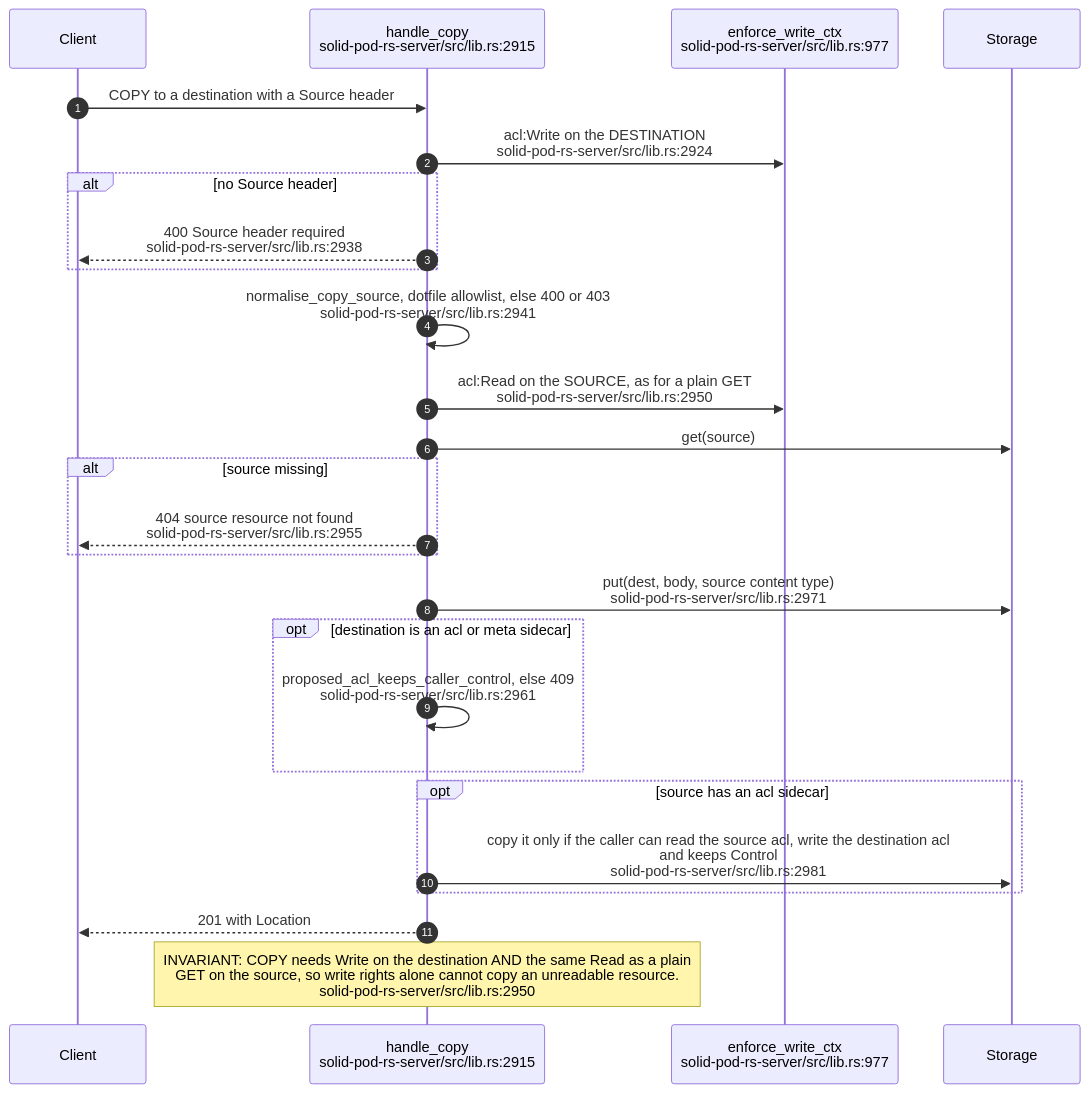
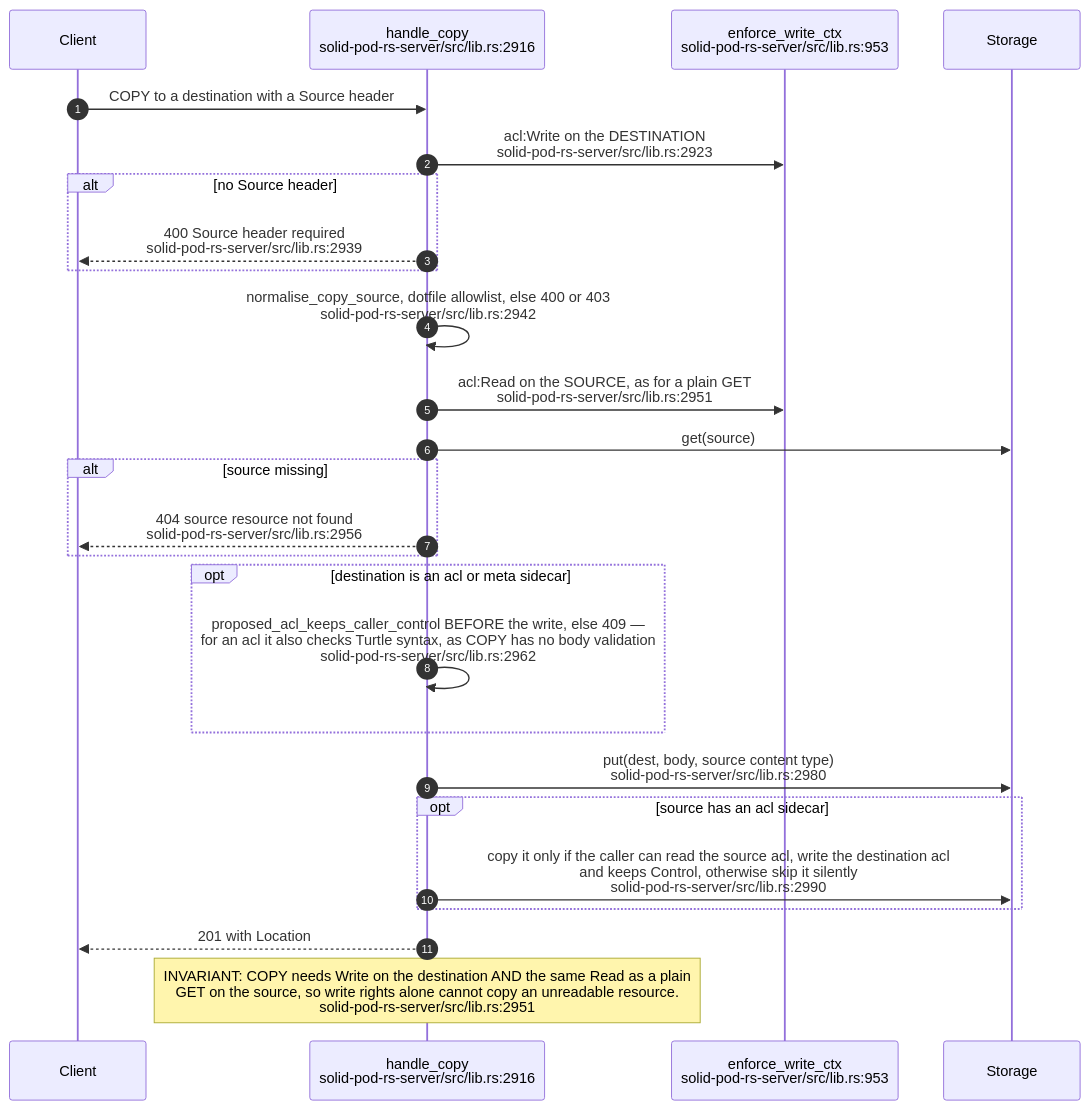
One commit to DreamLab-AI/VisionFlow changed the seventh of 11 diagrams in docs/diagrams/solid-pod-rs/03-ldp-request-lifecycle.md. Above: the diagram before and after it, drawn with Mermaid. The commit also changed other lines of this file and 47 other files, not shown here.

````diff
--- a/docs/diagrams/solid-pod-rs/03-ldp-request-lifecycle.md
+++ b/docs/diagrams/solid-pod-rs/03-ldp-request-lifecycle.md
@@ -224,29 +233,29 @@
 ```mermaid
 sequenceDiagram
     autonumber
     participant C as Client
-    participant H as handle_copy<br/>solid-pod-rs-server/src/lib.rs:2915
-    participant W as enforce_write_ctx<br/>solid-pod-rs-server/src/lib.rs:977
+    participant H as handle_copy<br/>solid-pod-rs-server/src/lib.rs:2916
+    participant W as enforce_write_ctx<br/>solid-pod-rs-server/src/lib.rs:953
     participant S as Storage
 
     C->>H: COPY to a destination with a Source header
-    H->>W: acl:Write on the DESTINATION<br/>solid-pod-rs-server/src/lib.rs:2924
+    H->>W: acl:Write on the DESTINATION<br/>solid-pod-rs-server/src/lib.rs:2923
     alt no Source header
-        H-->>C: 400 Source header required<br/>solid-pod-rs-server/src/lib.rs:2938
+        H-->>C: 400 Source header required<br/>solid-pod-rs-server/src/lib.rs:2939
     end
-    H->>H: normalise_copy_source, dotfile allowlist, else 400 or 403<br/>solid-pod-rs-server/src/lib.rs:2941
-    H->>W: acl:Read on the SOURCE, as for a plain GET<br/>solid-pod-rs-server/src/lib.rs:2950
+    H->>H: normalise_copy_source, dotfile allowlist, else 400 or 403<br/>solid-pod-rs-server/src/lib.rs:2942
+    H->>W: acl:Read on the SOURCE, as for a plain GET<br/>solid-pod-rs-server/src/lib.rs:2951
     H->>S: get(source)
     alt source missing
-        H-->>C: 404 source resource not found<br/>solid-pod-rs-server/src/lib.rs:2955
+        H-->>C: 404 source resource not found<br/>solid-pod-rs-server/src/lib.rs:2956
     end
-    H->>S: put(dest, body, source content type)<br/>solid-pod-rs-server/src/lib.rs:2971
     opt destination is an acl or meta sidecar
-        H->>H: proposed_acl_keeps_caller_control, else 409<br/>solid-pod-rs-server/src/lib.rs:2961
+        H->>H: proposed_acl_keeps_caller_control BEFORE the write, else 409 —<br/>for an acl it also checks Turtle syntax, as COPY has no body validation<br/>solid-pod-rs-server/src/lib.rs:2962
     end
+    H->>S: put(dest, body, source content type)<br/>solid-pod-rs-server/src/lib.rs:2980
     opt source has an acl sidecar
-        H->>S: copy it only if the caller can read the source acl, write the destination acl<br/>and keeps Control<br/>solid-pod-rs-server/src/lib.rs:2981
+        H->>S: copy it only if the caller can read the source acl, write the destination acl<br/>and keeps Control, otherwise skip it silently<br/>solid-pod-rs-server/src/lib.rs:2990
     end
     H-->>C: 201 with Location
-    Note over H: INVARIANT: COPY needs Write on the destination AND the same Read as a plain<br/>GET on the source, so write rights alone cannot copy an unreadable resource.<br/>solid-pod-rs-server/src/lib.rs:2950
+    Note over H: INVARIANT: COPY needs Write on the destination AND the same Read as a plain<br/>GET on the source, so write rights alone cannot copy an unreadable resource.<br/>solid-pod-rs-server/src/lib.rs:2951
 ```
````
